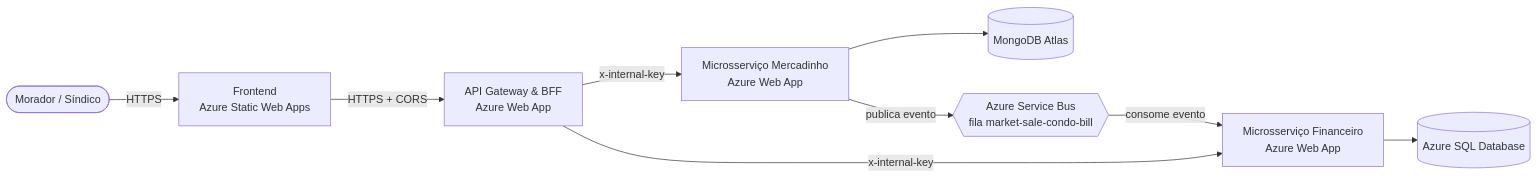
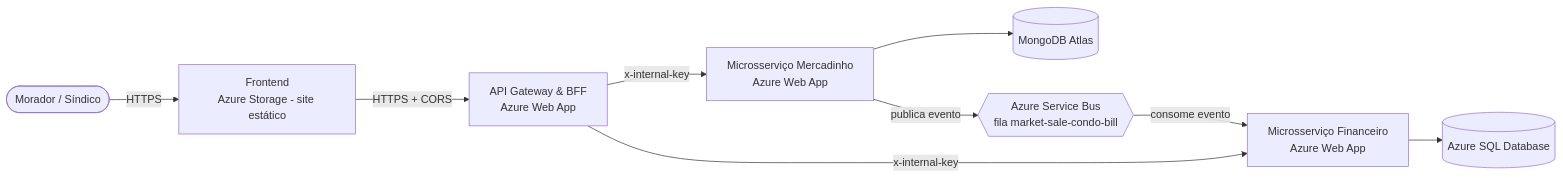
Before and after one commit to JapaBKS/praticom-gateway-bff: the first of 4 diagrams in README.md, drawn with Mermaid. The commit also changed other lines of this file and 2 other files, not shown here.

First line of the commit message:
Deploy: site estático no Azure Storage e workflows que só publicam com segredo configurado

````diff
--- a/README.md
+++ b/README.md
@@ -100,11 +100,11 @@
 ```mermaid
 flowchart LR
-  user([Morador / Síndico]) -->|HTTPS| front[Frontend<br/>Azure Static Web Apps]
+  user([Morador / Síndico]) -->|HTTPS| front[Frontend<br/>Azure Storage - site estático]
   front -->|HTTPS + CORS| gw[API Gateway & BFF<br/>Azure Web App]
   gw -->|x-internal-key| market[Microsserviço Mercadinho<br/>Azure Web App]
   gw -->|x-internal-key| finance[Microsserviço Financeiro<br/>Azure Web App]
   market --> mongo[(MongoDB Atlas)]
   finance --> sqldb[(Azure SQL Database)]
   market -- publica evento --> bus{{Azure Service Bus<br/>fila market-sale-condo-bill}}
   bus -- consome evento --> finance
 ```
````
